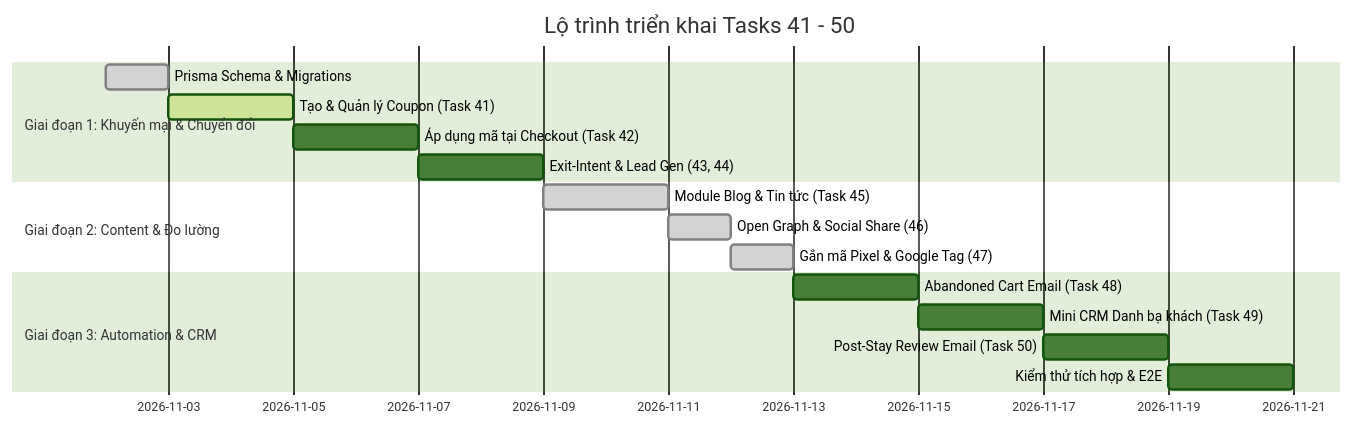
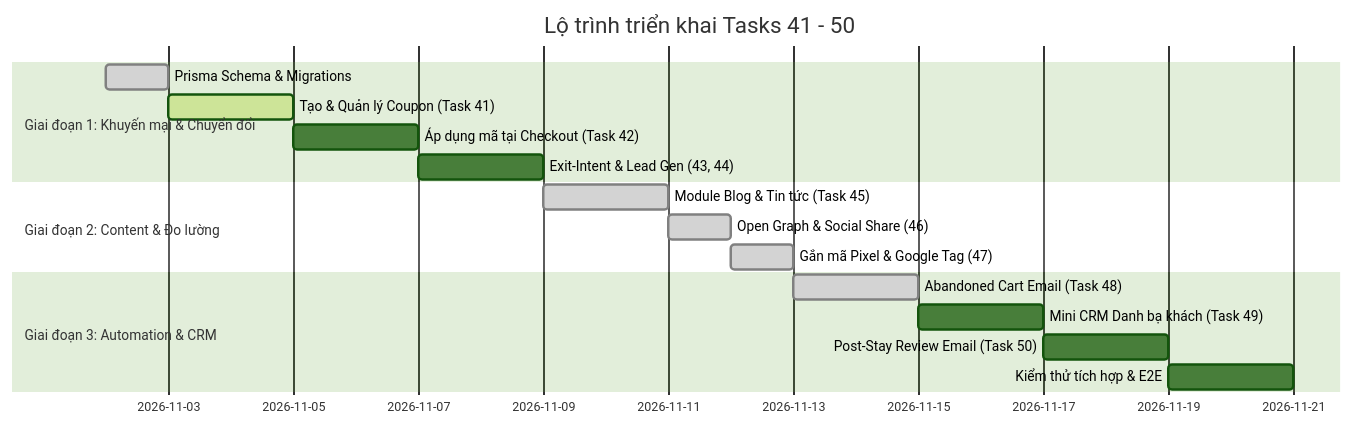
One commit to vogiahuy2506-lang/Digistay changed the second of 2 diagrams in docs/PLAN-TASKS-41-50.md. Above: the diagram before and after it, drawn with Mermaid (forest theme). The commit also changed 9 other files, not shown here.

Commit message:
feat(marketing): implement task 48 abandoned cart recovery email cron and templates

````diff
--- a/docs/PLAN-TASKS-41-50.md
+++ b/docs/PLAN-TASKS-41-50.md
@@ -345,19 +345,19 @@
 ```mermaid
 gantt
     title Lộ trình triển khai Tasks 41 - 50
     dateFormat  YYYY-MM-DD
     section Giai đoạn 1: Khuyến mại & Chuyển đổi
     Prisma Schema & Migrations       :done,    p1_1, 2026-11-02, 1d
     Tạo & Quản lý Coupon (Task 41)    :active,  p1_2, after p1_1, 2d
     Áp dụng mã tại Checkout (Task 42) :         p1_3, after p1_2, 2d
     Exit-Intent & Lead Gen (43, 44)   :         p1_4, after p1_3, 2d
     section Giai đoạn 2: Content & Đo lường
     Module Blog & Tin tức (Task 45)   :done,    p2_1, after p1_4, 2d
     Open Graph & Social Share (46)    :done,    p2_2, after p2_1, 1d
     Gắn mã Pixel & Google Tag (47)    :done,    p2_3, after p2_2, 1d
     section Giai đoạn 3: Automation & CRM
-    Abandoned Cart Email (Task 48)    :         p3_1, after p2_3, 2d
+    Abandoned Cart Email (Task 48)    :done,    p3_1, after p2_3, 2d
     Mini CRM Danh bạ khách (Task 49)  :         p3_2, after p3_1, 2d
     Post-Stay Review Email (Task 50)  :         p3_3, after p3_2, 2d
     Kiểm thử tích hợp & E2E           :         p3_4, after p3_3, 2d
 ```
````
